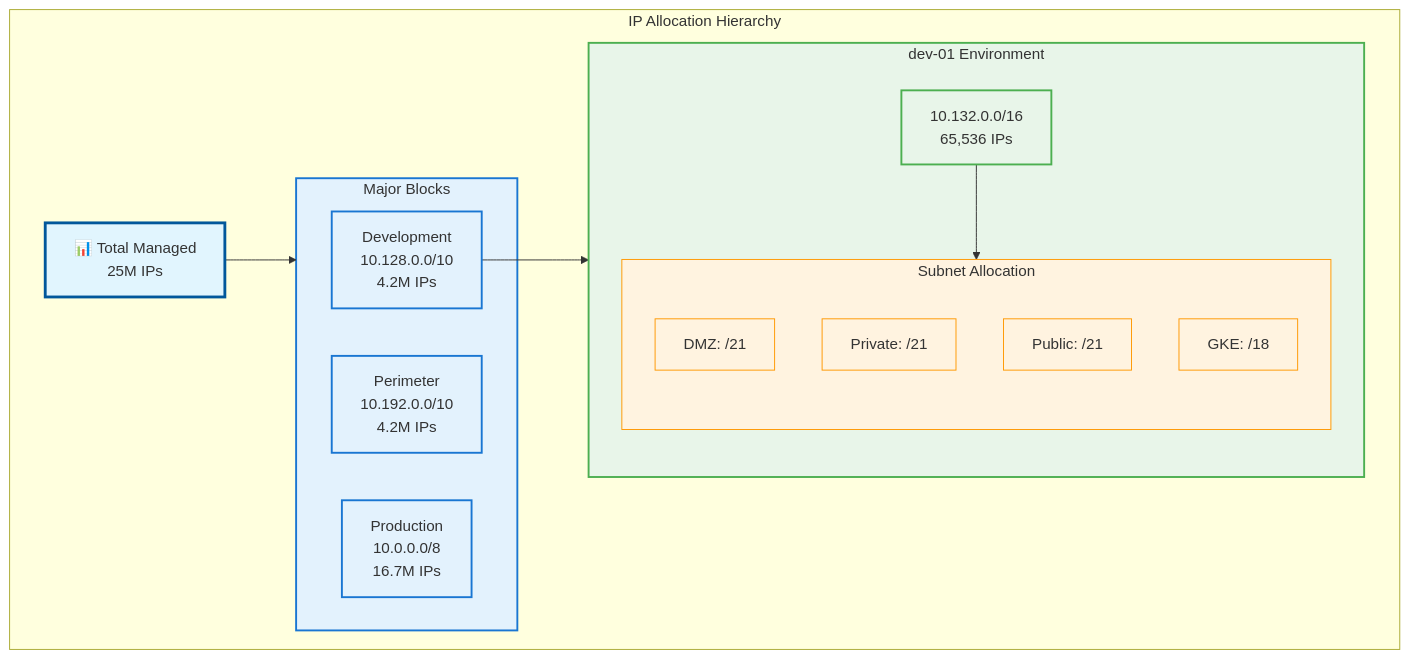
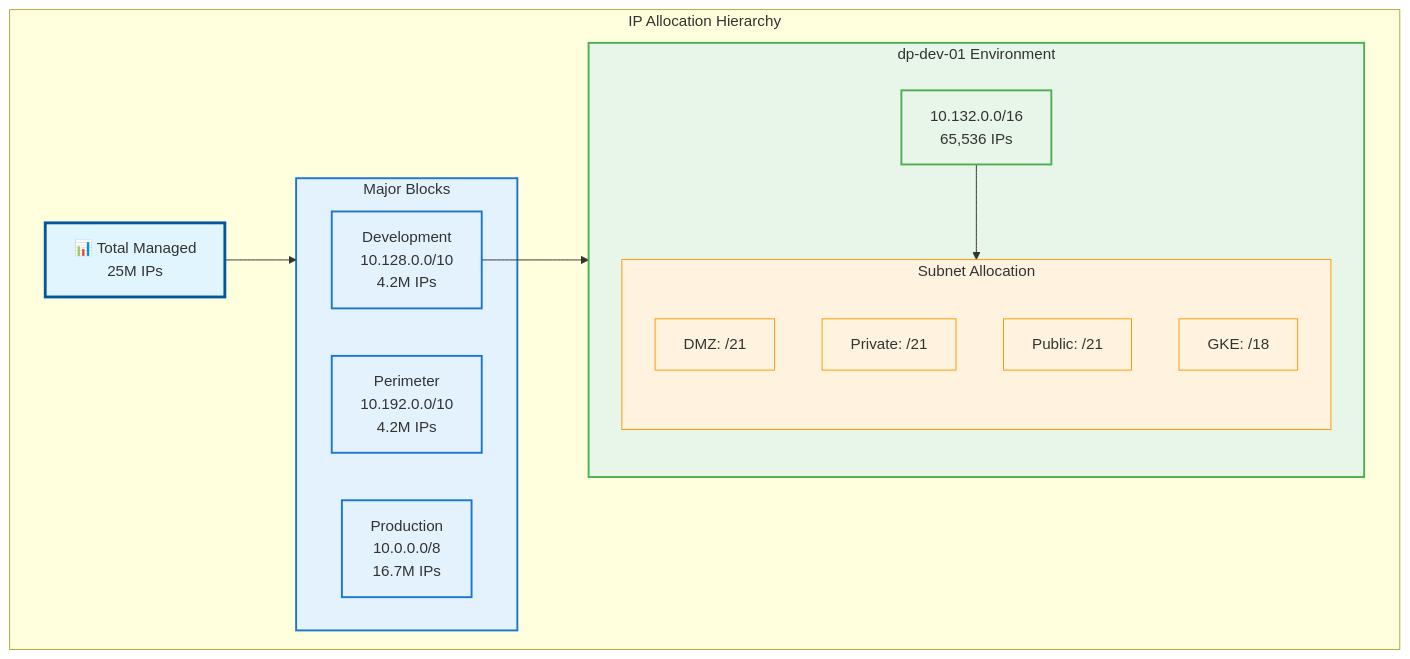
The third of 6 diagrams in docs/NETWORK_ARCHITECTURE.md (spolspol/terragrunt-gcp-org-automation), drawn with Mermaid before and after one commit. The commit also changed other lines of this file and 243 other files, not shown here.

````diff
--- a/docs/NETWORK_ARCHITECTURE.md
+++ b/docs/NETWORK_ARCHITECTURE.md
@@ -258,37 +258,37 @@
 ```mermaid
 flowchart TB
     subgraph "IP Allocation Hierarchy"
         TOTAL["📊 Total Managed<br/>25M IPs"]
         
         subgraph BLOCKS["Major Blocks"]
             DEV_BLOCK["Development<br/>10.128.0.0/10<br/>4.2M IPs"]
             PERIM_BLOCK["Perimeter<br/>10.192.0.0/10<br/>4.2M IPs"]
             PROD_BLOCK["Production<br/>10.0.0.0/8<br/>16.7M IPs"]
         end
         
-        subgraph DEV_ENV["dev-01 Environment"]
+        subgraph DEV_ENV["dp-dev-01 Environment"]
             DEV_01["10.132.0.0/16<br/>65,536 IPs"]
             
             subgraph SUBNETS["Subnet Allocation"]
                 DMZ_SUB["DMZ: /21"]
                 PRIV_SUB["Private: /21"]
                 PUB_SUB["Public: /21"]
                 GKE_SUB["GKE: /18"]
             end
         end
     end
     
     TOTAL --> BLOCKS
     DEV_BLOCK --> DEV_ENV
     DEV_01 --> SUBNETS
     
     classDef total fill:#E1F5FE,stroke:#01579B,stroke-width:3px
     classDef block fill:#E3F2FD,stroke:#1976D2,stroke-width:2px
     classDef env fill:#E8F5E9,stroke:#4CAF50,stroke-width:2px
     classDef subnet fill:#FFF3E0,stroke:#FF9800,stroke-width:1px
     
     class TOTAL total
     class BLOCKS,DEV_BLOCK,PERIM_BLOCK,PROD_BLOCK block
     class DEV_ENV,DEV_01 env
     class SUBNETS,DMZ_SUB,PRIV_SUB,PUB_SUB,GKE_SUB subnet
 ```
````
